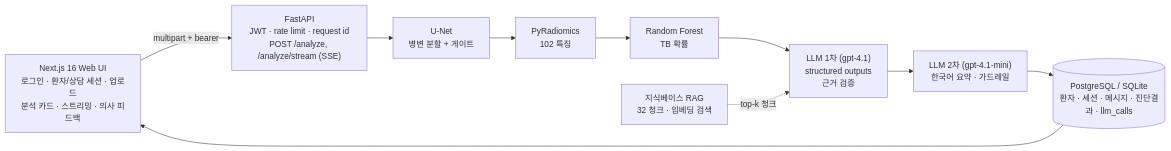
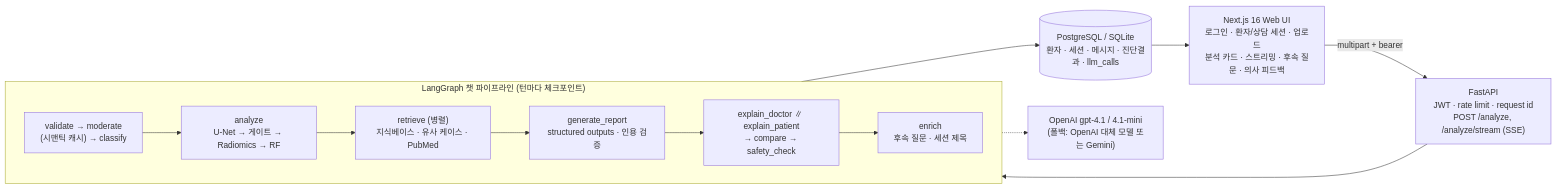
One commit to dongramiho/xray-tb-radiomics-llm changed the diagram in README.md. Above: the diagram before and after it, drawn with Mermaid. The commit also changed other lines of this file and 34 other files, not shown here.

First line of the commit message:
feat: LangGraph chat pipeline — moderation, classification, parallel retrieval, doctor/patient explanations

````diff
--- a/README.md
+++ b/README.md
@@ -54,16 +54,21 @@
 ```mermaid
 flowchart LR
-    FE["Next.js 16 Web UI<br/>로그인 · 환자/상담 세션 · 업로드<br/>분석 카드 · 스트리밍 · 의사 피드백"]
+    FE["Next.js 16 Web UI<br/>로그인 · 환자/상담 세션 · 업로드<br/>분석 카드 · 스트리밍 · 후속 질문 · 의사 피드백"]
     API["FastAPI<br/>JWT · rate limit · request id<br/>POST /analyze, /analyze/stream (SSE)"]
-    SEG["U-Net<br/>병변 분할 + 게이트"]
-    RAD["PyRadiomics<br/>102 특징"]
-    CLF["Random Forest<br/>TB 확률"]
-    LLM1["LLM 1차 (gpt-4.1)<br/>structured outputs<br/>근거 검증"]
-    LLM2["LLM 2차 (gpt-4.1-mini)<br/>한국어 요약 · 가드레일"]
-    KB["지식베이스 RAG<br/>32 청크 · 임베딩 검색"]
+    subgraph G["LangGraph 챗 파이프라인 (턴마다 체크포인트)"]
+      direction LR
+      V["validate → moderate<br/>(시맨틱 캐시) → classify"]
+      SEG["analyze<br/>U-Net → 게이트 → Radiomics → RF"]
+      RT["retrieve (병렬)<br/>지식베이스 · 유사 케이스 · PubMed"]
+      REP["generate_report<br/>structured outputs · 인용 검증"]
+      EX["explain_doctor ∥ explain_patient<br/>→ compare → safety_check"]
+      EN["enrich<br/>후속 질문 · 세션 제목"]
+      V --> SEG --> RT --> REP --> EX --> EN
+    end
     DB[("PostgreSQL / SQLite<br/>환자 · 세션 · 메시지 · 진단결과 · llm_calls")]
+    LLM["OpenAI gpt-4.1 / 4.1-mini<br/>(폴백: OpenAI 대체 모델 또는 Gemini)"]
 
-    FE -->|multipart + bearer| API
-    API --> SEG --> RAD --> CLF --> LLM1 --> LLM2 --> DB --> FE
-    KB -.->|top-k 청크| LLM1
+    FE -->|multipart + bearer| API --> V
+    EN --> DB --> FE
+    G -.-> LLM
 ```
````
